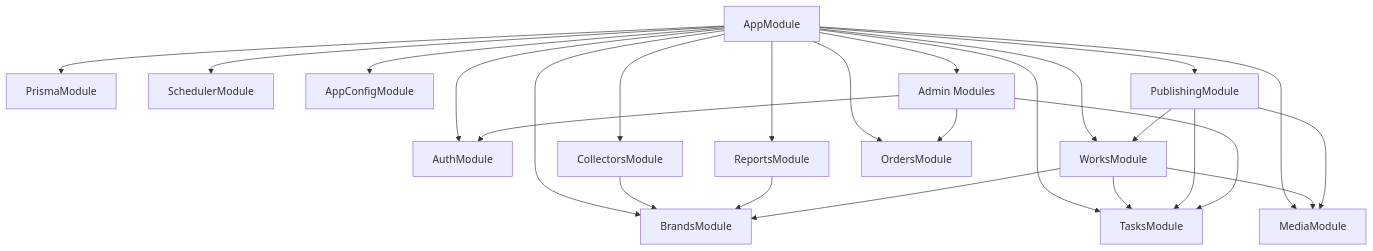
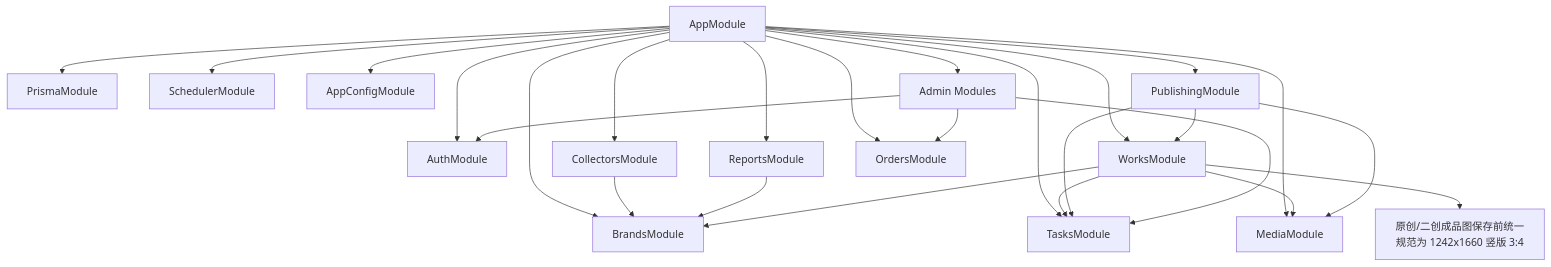
Before and after one commit to Depthukesh/ai-omni-ops-system: the ninth of 11 diagrams in docs/site-map-mermaid.md, drawn with Mermaid. The commit also changed other lines of this file and 13 other files, not shown here.

````diff
--- a/docs/site-map-mermaid.md
+++ b/docs/site-map-mermaid.md
@@ -338,30 +365,31 @@
 ```mermaid
 flowchart TD
     App["AppModule"]
     App --> Infra1["PrismaModule"]
     App --> Infra2["SchedulerModule"]
     App --> Infra3["AppConfigModule"]
 
     App --> M1["AuthModule"]
     App --> M2["BrandsModule"]
     App --> M3["CollectorsModule"]
     App --> M4["ReportsModule"]
     App --> M5["WorksModule"]
     App --> M6["PublishingModule"]
     App --> M7["TasksModule"]
     App --> M8["MediaModule"]
     App --> M9["OrdersModule"]
     App --> M10["Admin Modules"]
 
     M3 --> M2
     M4 --> M2
     M5 --> M2
     M5 --> M7
     M5 --> M8
+    M5 --> M51["原创/二创成品图保存前统一规范为 1242x1660 竖版 3:4"]
     M6 --> M5
     M6 --> M7
     M6 --> M8
     M10 --> M9
     M10 --> M1
     M10 --> M7
 ```
````
